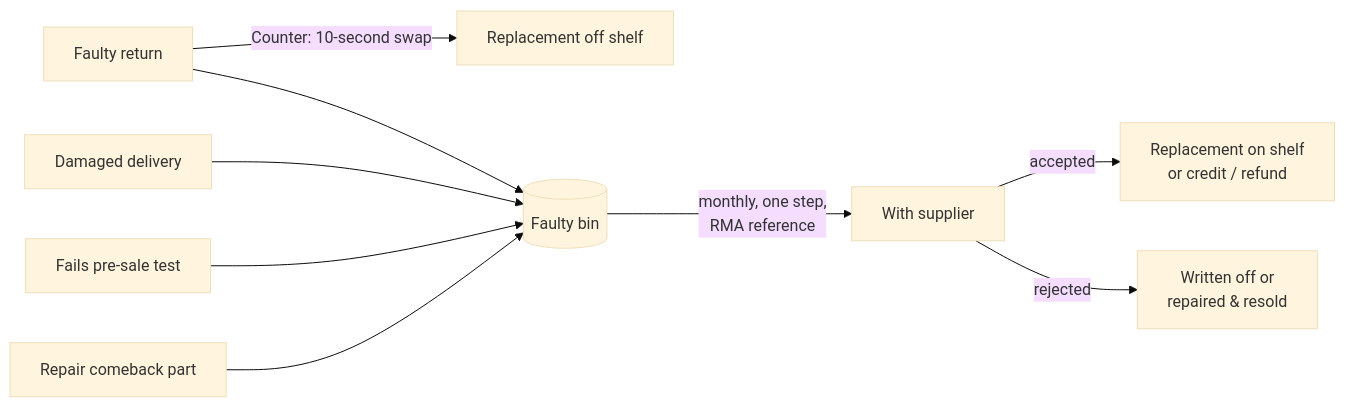
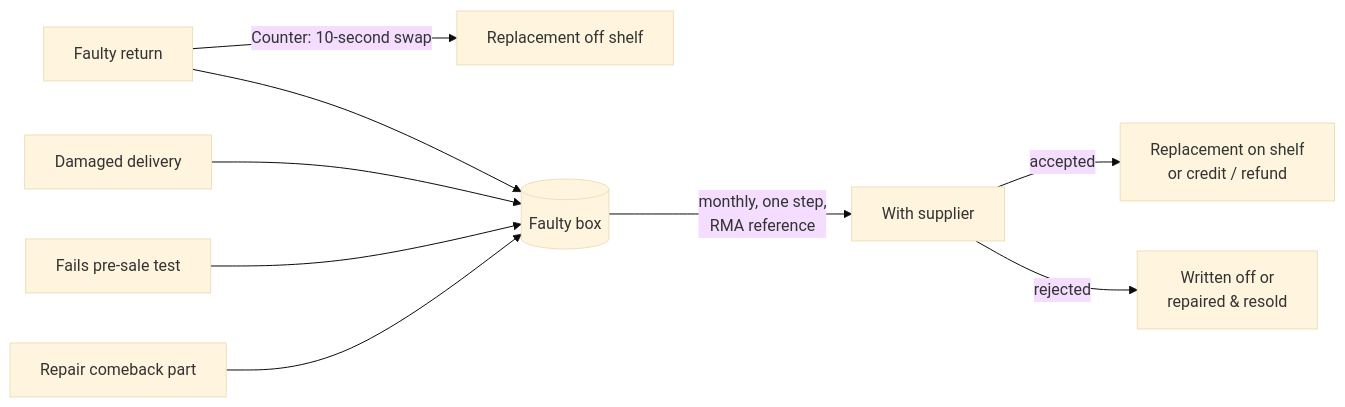
One commit to sanjayprakash-git/returns-tracker changed the diagram in README.md. Above: the diagram before and after it, drawn with Mermaid (base theme). The commit also changed other lines of this file and 23 other files, not shown here.

Commit message:
Simplify to four pages (Counter, Faulty box, Stock, Money), plain wording, one-search counter; fix chart series

````diff
--- a/README.md
+++ b/README.md
@@ -31,11 +31,11 @@
 ```mermaid
 flowchart LR
     A[Faulty return] -->|Counter: 10-second swap| B[Replacement off shelf]
-    A --> C[(Faulty bin)]
+    A --> C[(Faulty box)]
     D[Damaged delivery] --> C
     E[Fails pre-sale test] --> C
     F[Repair comeback part] --> C
     C -->|monthly, one step,<br/>RMA reference| G[With supplier]
     G -->|accepted| H[Replacement on shelf<br/>or credit / refund]
     G -->|rejected| I[Written off or<br/>repaired & resold]
 ```
````
